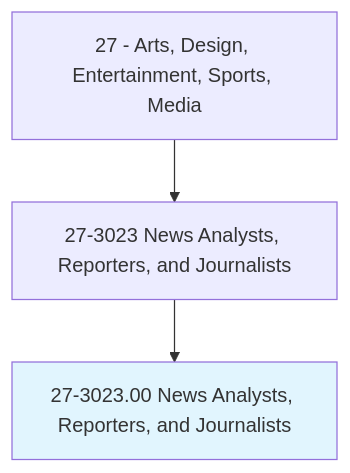
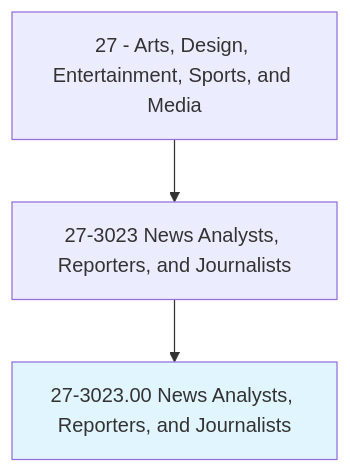
Before and after one commit to kziemski/business.org.ai: the first of 4 diagrams in occupations/ArtsMedia/NewsAnalystsReportersAndJournalists.mdx, drawn with Mermaid. The commit also changed other lines of this file and 938 other files, not shown here.

````diff
--- a/occupations/ArtsMedia/NewsAnalystsReportersAndJournalists.mdx
+++ b/occupations/ArtsMedia/NewsAnalystsReportersAndJournalists.mdx
@@ -19,6 +23,6 @@
 ```mermaid
 graph TD
-    Cat27["27 - Arts, Design, Entertainment, Sports, Media"] --> Group273023["27-3023 News Analysts, Reporters, and Journalists"]
+    Cat27["27 - Arts, Design, Entertainment, Sports, and Media"] --> Group273023["27-3023 News Analysts, Reporters, and Journalists"]
     Group273023 --> Current["27-3023.00 News Analysts, Reporters, and Journalists"]
     style Current fill:#e1f5fe
 ```
````
